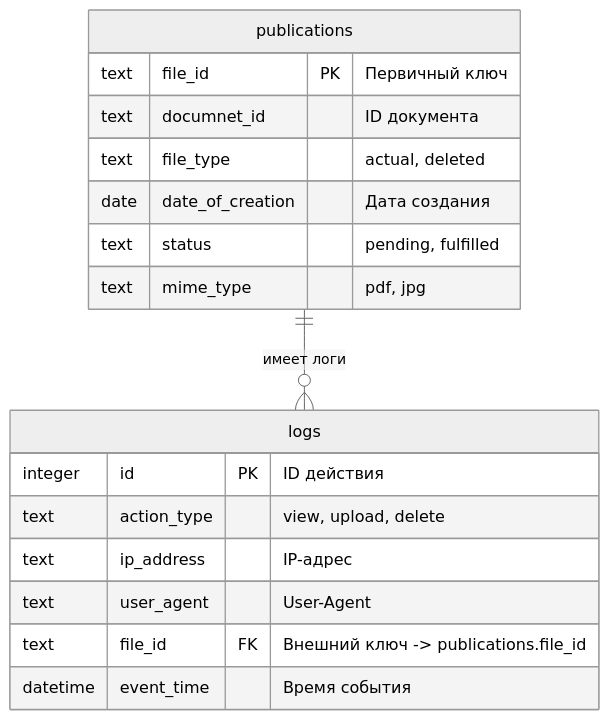
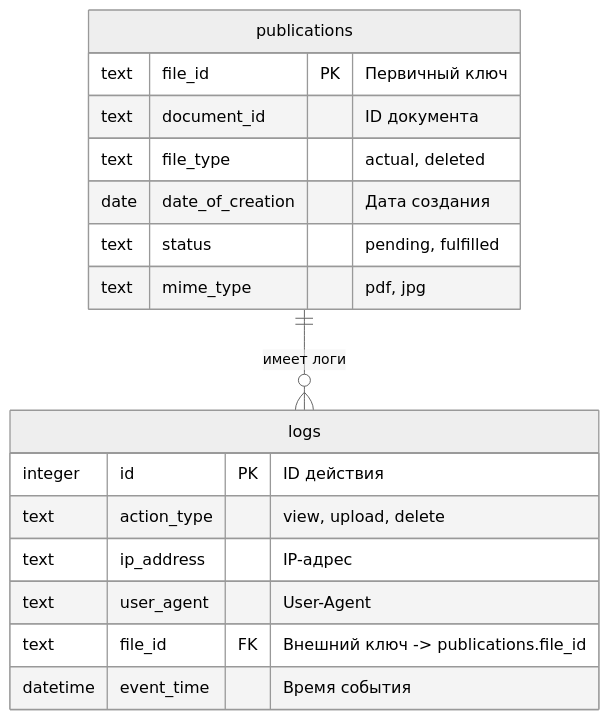
One commit to Jushoru/originality-checker changed the diagram in README.md. Above: the diagram before and after it, drawn with Mermaid (neutral theme). The commit also changed 3 other files, not shown here.

````diff
--- a/README.md
+++ b/README.md
@@ -156,25 +156,25 @@
 ```mermaid
 erDiagram
     %% Таблица публикаций (метаданные файлов)
     publications {
     text file_id PK "Первичный ключ"
-    text documnet_id "ID документа"
+    text document_id "ID документа"
     text file_type "actual, deleted"
     date date_of_creation "Дата создания"
     text status "pending, fulfilled"
     text mime_type "pdf, jpg"
     }
 
     %% Таблица логов (действия с файлами)
     logs {
     integer id PK "ID действия"
     text action_type "view, upload, delete"
     text ip_address "IP-адрес"
     text user_agent "User-Agent"
     text file_id FK "Внешний ключ -> publications.file_id"
     datetime event_time "Время события"
     }
 
     %% Связь: Одна публикация может иметь много записей в логах
     publications ||--o{ logs : "имеет логи"
 ```
````
